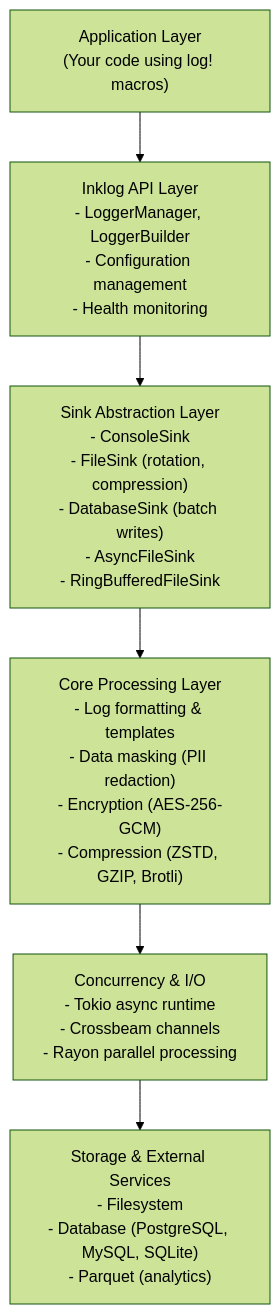
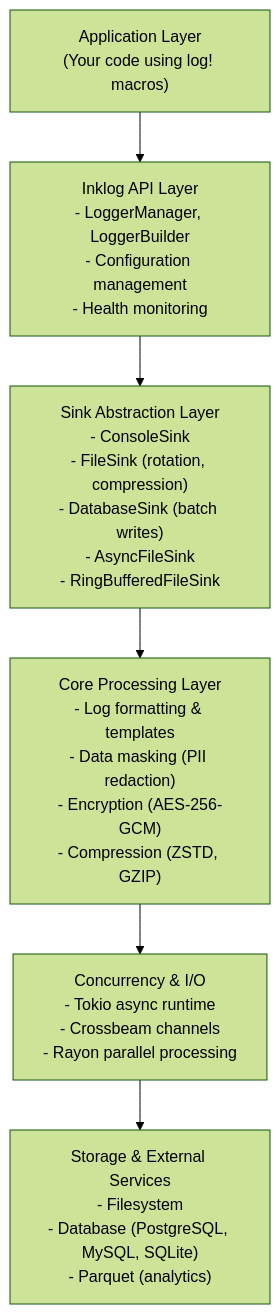
One commit to Kirky-X/inklog changed the diagram in README_EN.md. Above: the diagram before and after it, drawn with Mermaid (forest theme). The commit also changed other lines of this file and 10 other files, not shown here.

````diff
--- a/README_EN.md
+++ b/README_EN.md
@@ -624,11 +625,11 @@
 ```mermaid
 flowchart TD
     App["Application Layer<br/>(Your code using log! macros)"]
     API["Inklog API Layer<br/>- LoggerManager, LoggerBuilder<br/>- Configuration management<br/>- Health monitoring"]
     Sink["Sink Abstraction Layer<br/>- ConsoleSink<br/>- FileSink (rotation, compression)<br/>- DatabaseSink (batch writes)<br/>- AsyncFileSink<br/>- RingBufferedFileSink"]
-    Core["Core Processing Layer<br/>- Log formatting & templates<br/>- Data masking (PII redaction)<br/>- Encryption (AES-256-GCM)<br/>- Compression (ZSTD, GZIP, Brotli)"]
+    Core["Core Processing Layer<br/>- Log formatting & templates<br/>- Data masking (PII redaction)<br/>- Encryption (AES-256-GCM)<br/>- Compression (ZSTD, GZIP)"]
     IO["Concurrency & I/O<br/>- Tokio async runtime<br/>- Crossbeam channels<br/>- Rayon parallel processing"]
     Store["Storage & External Services<br/>- Filesystem<br/>- Database (PostgreSQL, MySQL, SQLite)<br/>- Parquet (analytics)"]
 
     App --> API --> Sink --> Core --> IO --> Store
 ```
````
